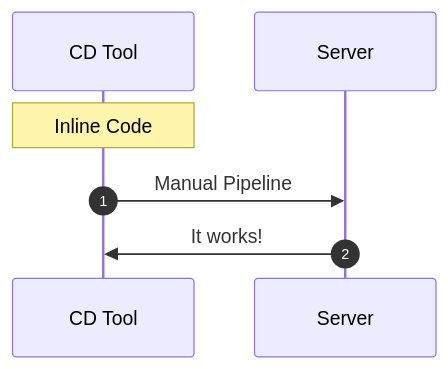
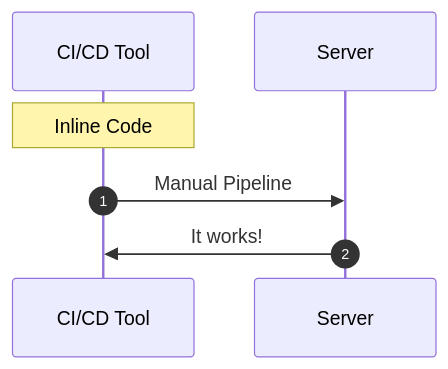
One commit to imjoseangel/sandbox changed the third of 3 diagrams in doc/automation.md. Above: the diagram before and after it, drawn with Mermaid. The commit also changed other lines of this file, not shown here.

````diff
--- a/doc/automation.md
+++ b/doc/automation.md
@@ -68,7 +77,7 @@
 ```mermaid
 sequenceDiagram
     autonumber
-    Note over CD Tool: Inline Code
-    CD Tool->>Server: Manual Pipeline
-    Server->>CD Tool: It works!
+    Note over CI/CD Tool: Inline Code
+    CI/CD Tool->>Server: Manual Pipeline
+    Server->>CI/CD Tool: It works!
 ```
````
